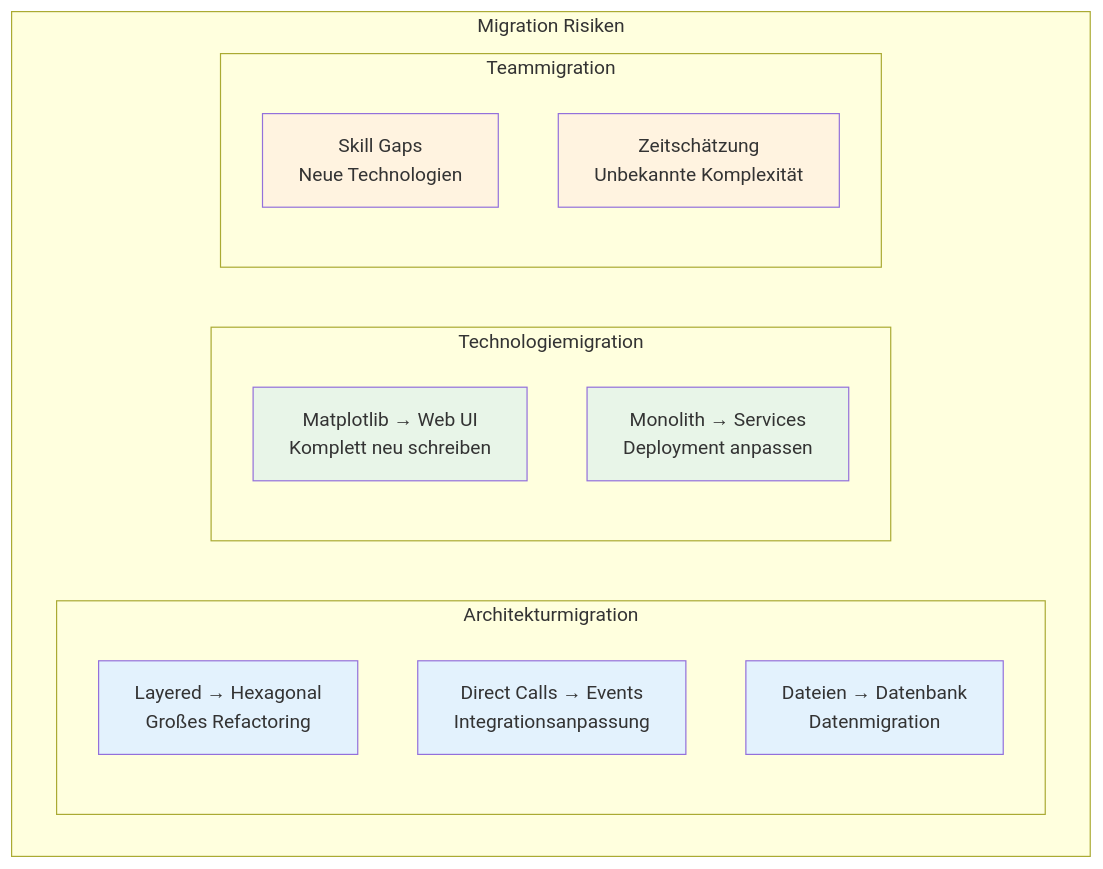
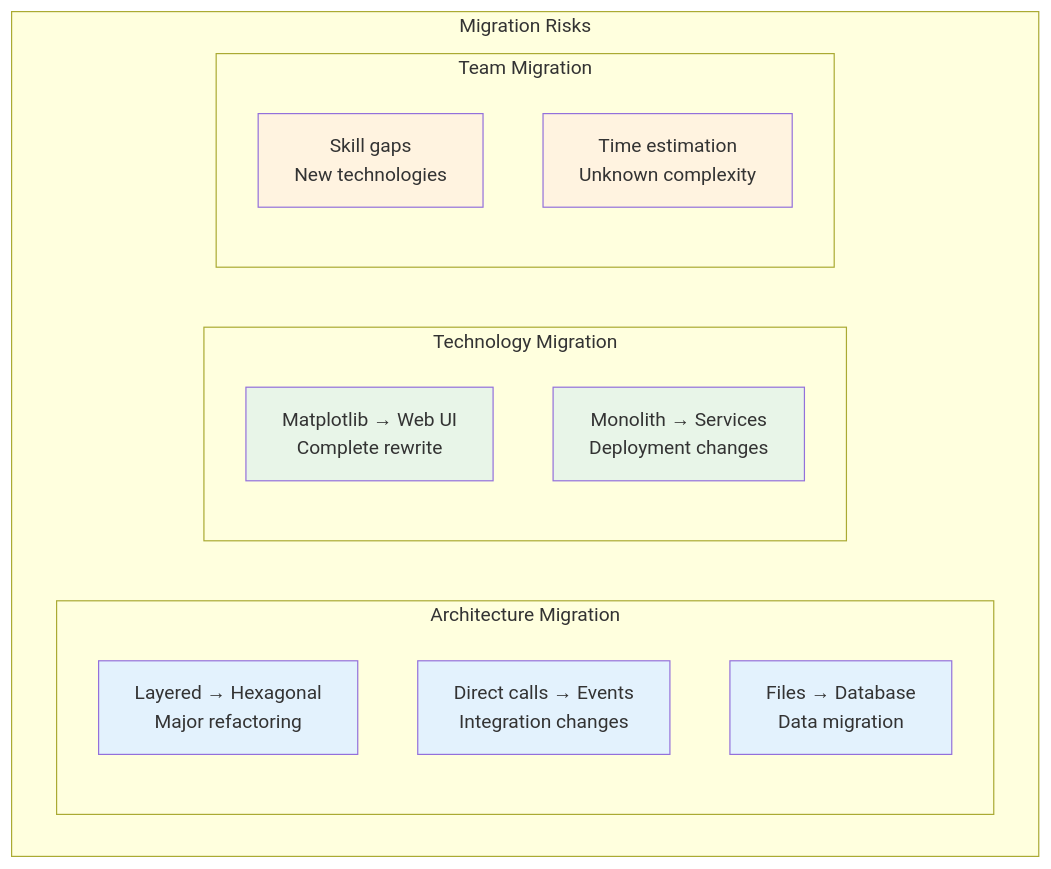
One commit to OpenRailAssociation/dac-migration-dss-popupsim changed the third of 4 diagrams in docs/mvp/architecture/11-risks-technical-debt.md. Above: the diagram before and after it, drawn with Mermaid. The commit also changed other lines of this file and 19 other files, not shown here.

First line of the commit message:
docs(pages): 📝 update MVP architecture

````diff
--- a/docs/mvp/architecture/11-risks-technical-debt.md
+++ b/docs/mvp/architecture/11-risks-technical-debt.md
@@ -206,28 +209,28 @@
 ```mermaid
 graph TB
-    subgraph "Migration Risiken"
-        subgraph "Architekturmigration"
-            LayerToHex[Layered → Hexagonal<br/>Großes Refactoring]
-            DirectToEvent[Direct Calls → Events<br/>Integrationsanpassung]
-            FileToDb[Dateien → Datenbank<br/>Datenmigration]
+    subgraph "Migration Risks"
+        subgraph "Architecture Migration"
+            LayerToHex[Layered → Hexagonal<br/>Major refactoring]
+            DirectToEvent[Direct calls → Events<br/>Integration changes]
+            FileToDb[Files → Database<br/>Data migration]
         end
 
-        subgraph "Technologiemigration"
-            MatplotlibToWeb[Matplotlib → Web UI<br/>Komplett neu schreiben]
-            MonolithToServices[Monolith → Services<br/>Deployment anpassen]
+        subgraph "Technology Migration"
+            MatplotlibToWeb[Matplotlib → Web UI<br/>Complete rewrite]
+            MonolithToServices[Monolith → Services<br/>Deployment changes]
         end
 
-        subgraph "Teammigration"
-            SkillGap[Skill Gaps<br/>Neue Technologien]
-            TimeEstimation[Zeitschätzung<br/>Unbekannte Komplexität]
+        subgraph "Team Migration"
+            SkillGap[Skill gaps<br/>New technologies]
+            TimeEstimation[Time estimation<br/>Unknown complexity]
         end
     end
 
     classDef architecture fill:#e3f2fd
     classDef technology fill:#e8f5e8
     classDef team fill:#fff3e0
 
     class LayerToHex,DirectToEvent,FileToDb architecture
     class MatplotlibToWeb,MonolithToServices technology
     class SkillGap,TimeEstimation team
 ```
````
